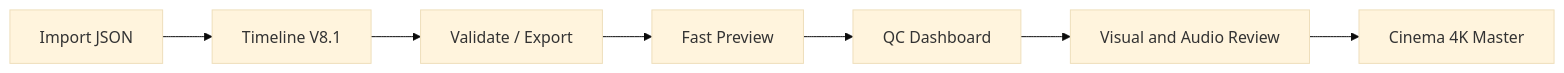
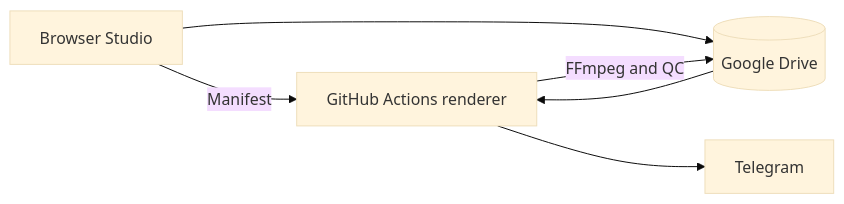
One commit to ZermeXX/aethercombine-studio changed the diagram in README.md. Above: the diagram before and after it, drawn with Mermaid (base theme). The commit also changed other lines of this file, not shown here.

````diff
--- a/README.md
+++ b/README.md
@@ -36,9 +39,8 @@
 ```mermaid
 flowchart LR
- A[Import JSON] --> B[Timeline V8.1]
- B --> C[Validate / Export]
- C --> D[Fast Preview]
- D --> E[QC Dashboard]
- E --> F[Visual and Audio Review]
- F --> G[Cinema 4K Master]
+ S[Browser Studio] -->|Manifest| R[GitHub Actions renderer]
+ S --> D[(Google Drive)]
+ D --> R
+ R -->|FFmpeg and QC| D
+ R --> T[Telegram]
 ```
````
